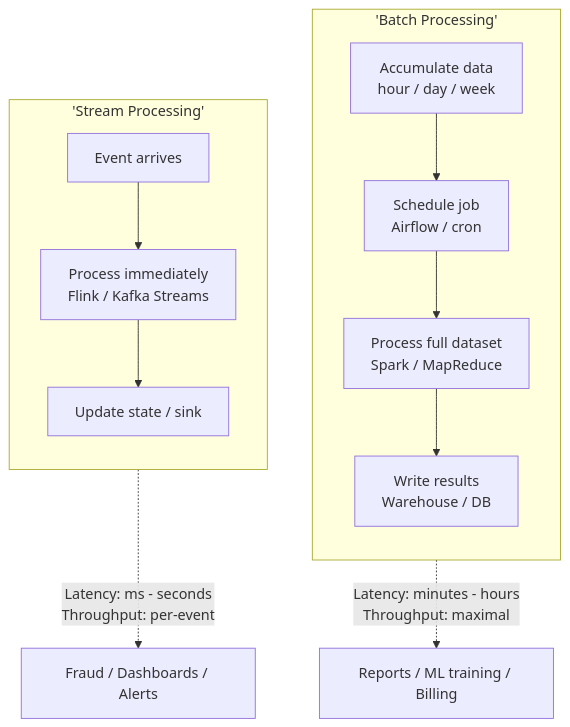
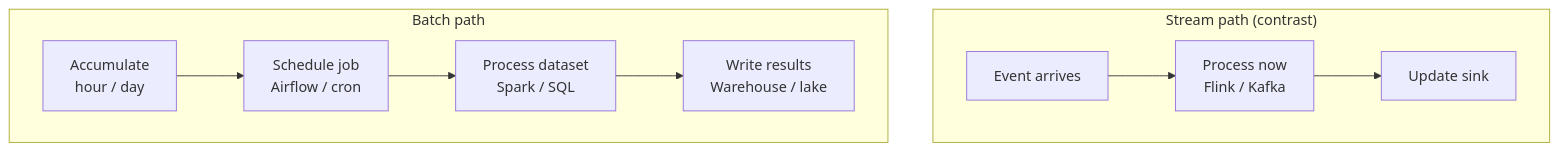
Before and after one commit to hareramcse/SystemDesign: the first of 10 diagrams in 15-big-data/README.md, drawn with Mermaid. The commit also changed other lines of this file and 14 other files, not shown here.

````diff
--- a/15-big-data/README.md
+++ b/15-big-data/README.md
@@ -53,20 +63,15 @@
 ```mermaid
-flowchart TB
-    subgraph Batch['Batch Processing']
-        direction TB
-        S1["Accumulate data\nhour / day / week"]
-        S2["Schedule job\nAirflow / cron"]
-        S3["Process full dataset\nSpark / MapReduce"]
-        S4["Write results\nWarehouse / DB"]
-        S1 --> S2 --> S3 --> S4
+flowchart LR
+    subgraph Batch["Batch path"]
+        direction LR
+        S1["Accumulate\nhour / day"] --> S2["Schedule job\nAirflow / cron"]
+        S2 --> S3["Process dataset\nSpark / SQL"]
+        S3 --> S4["Write results\nWarehouse / lake"]
     end
-    subgraph Stream['Stream Processing']
-        direction TB
-        E1[Event arrives]
-        E2["Process immediately\nFlink / Kafka Streams"]
-        E3[Update state / sink]
-        E1 --> E2 --> E3
+    subgraph Stream["Stream path (contrast)"]
+        direction LR
+        E1[Event arrives] --> E2["Process now\nFlink / Kafka"]
+        E2 --> E3[Update sink]
     end
-    Batch -.->|Latency: minutes - hours\nThroughput: maximal| KPI1[Reports / ML training / Billing]
-    Stream -.->|Latency: ms - seconds\nThroughput: per-event| KPI2[Fraud / Dashboards / Alerts]
+    Batch ~~~ Stream
 ```
````
